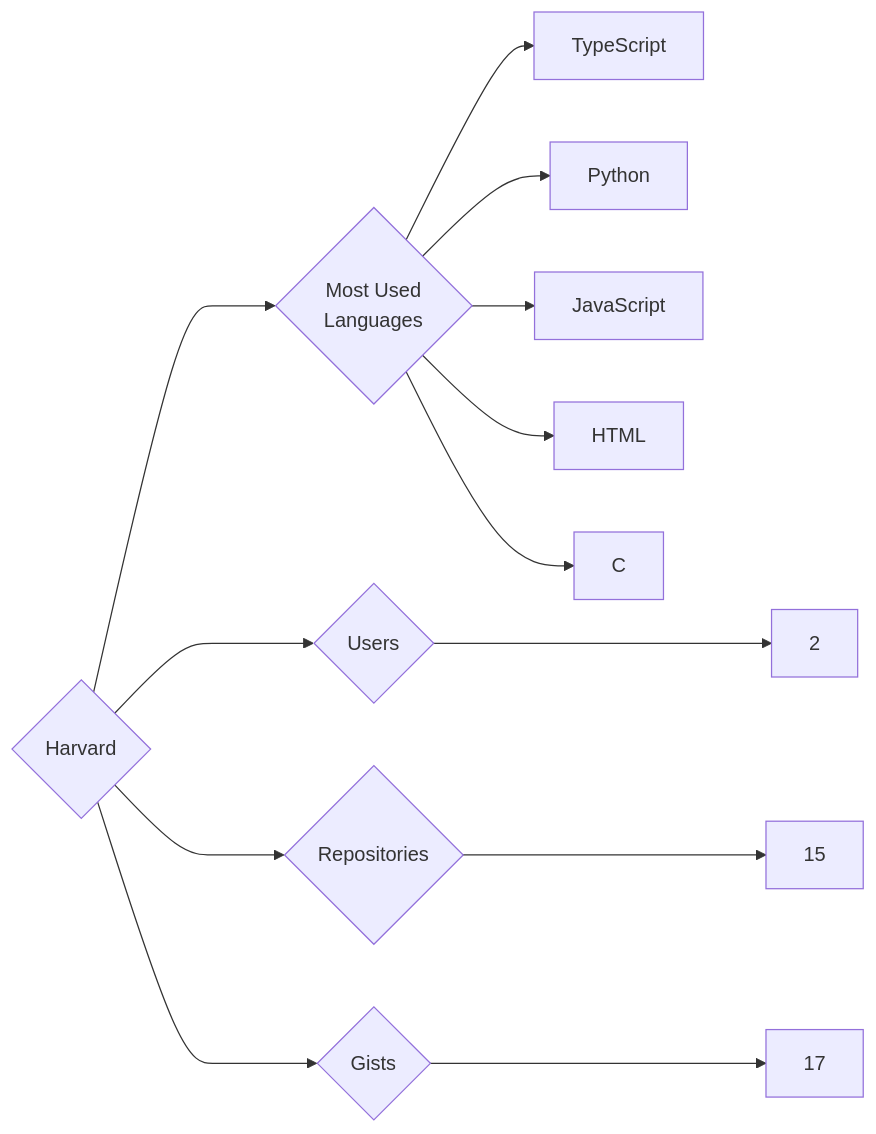
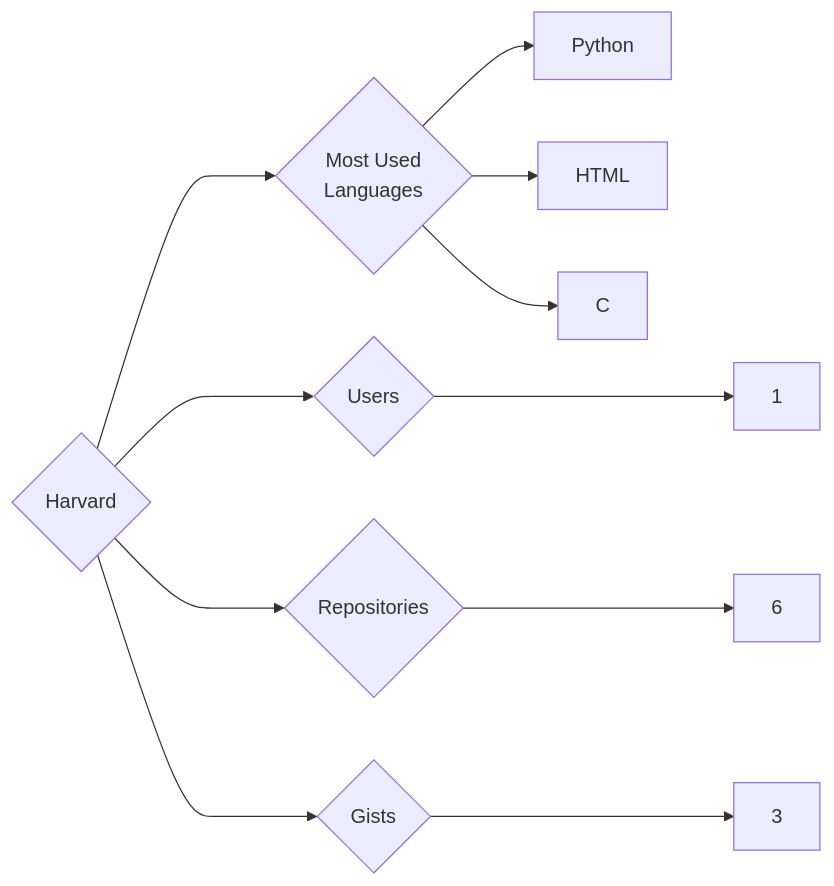
Before and after one commit to trickest/insiders: the diagram in targets/Harvard/README.md, drawn with Mermaid. The commit also changed 715 other files, not shown here.

````diff
--- a/targets/Harvard/README.md
+++ b/targets/Harvard/README.md
@@ -3,13 +3,11 @@
 ```mermaid
 graph LR
 COMPANY_NAME{Harvard}
-COMPANY_NAME ---> U{Users} ---> UN[2]
-COMPANY_NAME ---> R{Repositories} ---> RN[15]
-COMPANY_NAME ---> G{Gists} ---> GN[17]
+COMPANY_NAME ---> U{Users} ---> UN[1]
+COMPANY_NAME ---> R{Repositories} ---> RN[6]
+COMPANY_NAME ---> G{Gists} ---> GN[3]
 COMPANY_NAME ---> ML{Most Used<br>Languages}
-ML --> TypeScript[TypeScript]
 ML --> Python[Python]
-ML --> JavaScript[JavaScript]
 ML --> HTML[HTML]
 ML --> C[C]
 ```
````
